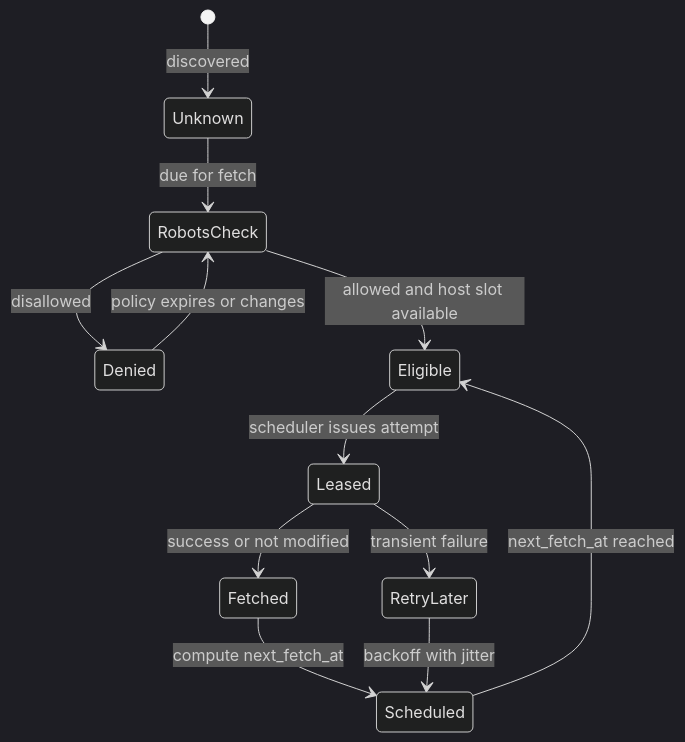
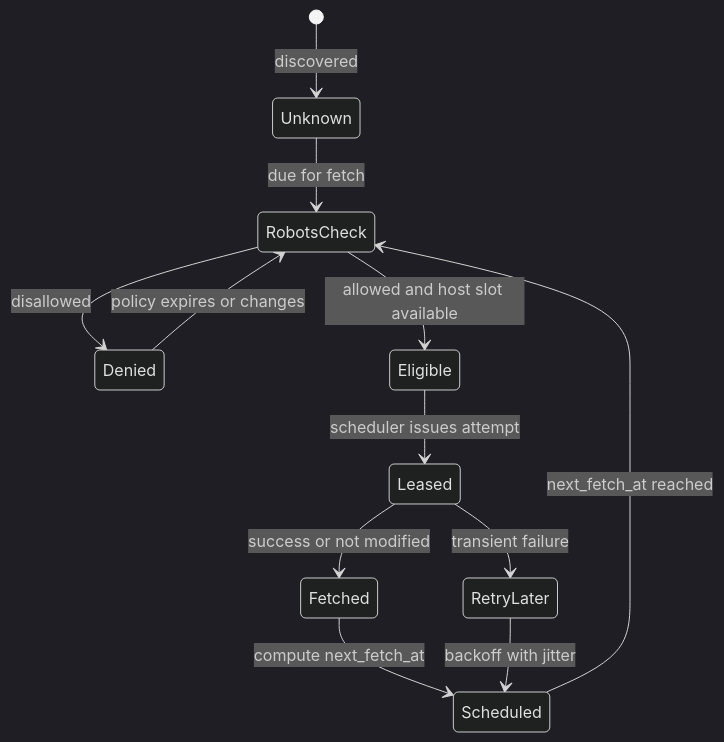
Before and after one commit to Pranshu258/system-design: the fifth of 5 diagrams in web-crawler-system-design.md, drawn with Mermaid (dark theme). The commit also changed other lines of this file and 23 other files, not shown here.

````diff
--- a/web-crawler-system-design.md
+++ b/web-crawler-system-design.md
@@ -310,14 +316,14 @@
 ```mermaid
 stateDiagram-v2
     [*] --> Unknown: discovered
     Unknown --> RobotsCheck: due for fetch
     RobotsCheck --> Denied: disallowed
     RobotsCheck --> Eligible: allowed and host slot available
     Eligible --> Leased: scheduler issues attempt
     Leased --> Fetched: success or not modified
     Leased --> RetryLater: transient failure
     Fetched --> Scheduled: compute next_fetch_at
     RetryLater --> Scheduled: backoff with jitter
-    Scheduled --> Eligible: next_fetch_at reached
+    Scheduled --> RobotsCheck: next_fetch_at reached
     Denied --> RobotsCheck: policy expires or changes
 ```
````
